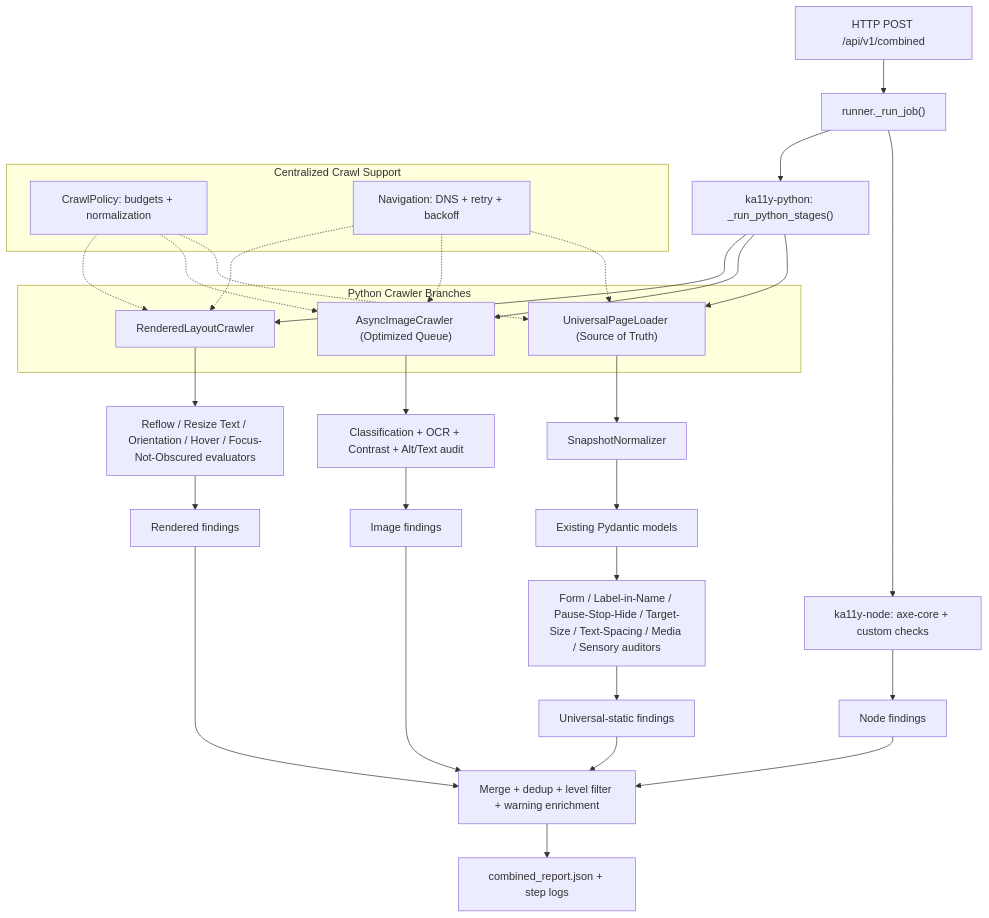
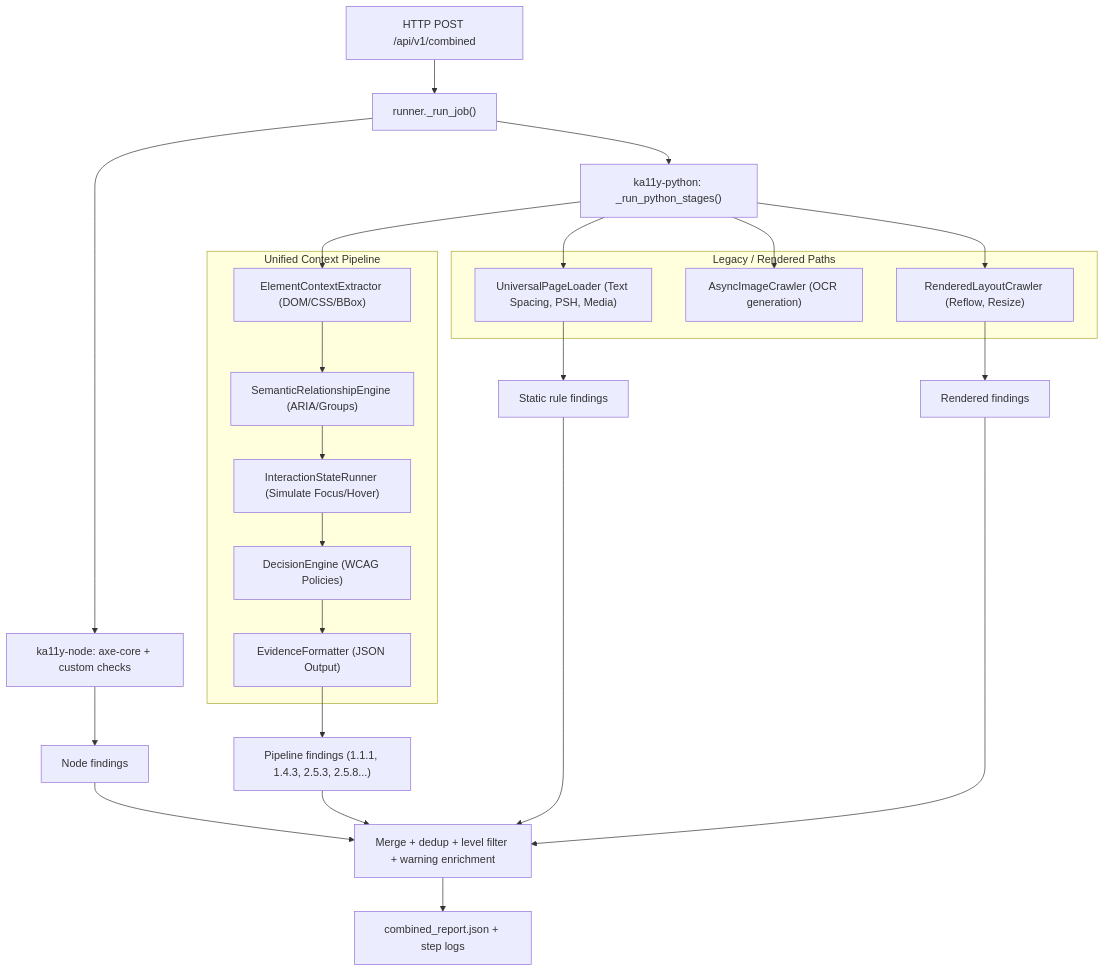
Before and after one commit to Sanjaypranavbc/ka11y: the first of 18 diagrams in ka11y-docs/internals/python-rules-flow-analysis.mdx, drawn with Mermaid. The commit also changed other lines of this file and 2 other files, not shown here.

````diff
--- a/ka11y-docs/internals/python-rules-flow-analysis.mdx
+++ b/ka11y-docs/internals/python-rules-flow-analysis.mdx
@@ -26,37 +27,35 @@
 ```mermaid
 flowchart TD
     A[HTTP POST /api/v1/combined] --> B["runner._run_job()"]
     B --> C["ka11y-node: axe-core + custom checks"]
     B --> D["ka11y-python: _run_python_stages()"]
 
-    subgraph "Centralized Crawl Support"
-        CP["CrawlPolicy: budgets + normalization"]
-        NR["Navigation: DNS + retry + backoff"]
+    subgraph "Unified Context Pipeline"
+        UP1["ElementContextExtractor (DOM/CSS/BBox)"]
+        UP2["SemanticRelationshipEngine (ARIA/Groups)"]
+        UP3["InteractionStateRunner (Simulate Focus/Hover)"]
+        UP4["DecisionEngine (WCAG Policies)"]
+        UP5["EvidenceFormatter (JSON Output)"]
+        
+        UP1 --> UP2 --> UP3 --> UP4 --> UP5
     end
 
-    subgraph "Python Crawler Branches"
-        E["UniversalPageLoader (Source of Truth)"]
-        F["AsyncImageCrawler (Optimized Queue)"]
-        G["RenderedLayoutCrawler"]
+    subgraph "Legacy / Rendered Paths"
+        E["UniversalPageLoader (Text Spacing, PSH, Media)"]
+        F["AsyncImageCrawler (OCR generation)"]
+        G["RenderedLayoutCrawler (Reflow, Resize)"]
     end
 
-    CP & NR -.-> E & F & G
+    D --> UP1
     D --> E
     D --> F
     D --> G
 
-    E --> H["SnapshotNormalizer"]
-    H --> I["Existing Pydantic models"]
-    I --> J["Form / Label-in-Name / Pause-Stop-Hide / Target-Size / Text-Spacing / Media / Sensory auditors"]
-
-    F --> K["Classification + OCR + Contrast + Alt/Text audit"]
-    G --> L["Reflow / Resize Text / Orientation / Hover / Focus-Not-Obscured evaluators"]
-
     C --> M["Node findings"]
-    J --> N["Universal-static findings"]
-    K --> O["Image findings"]
-    L --> P["Rendered findings"]
+    E --> N["Static rule findings"]
+    UP5 --> O["Pipeline findings (1.1.1, 1.4.3, 2.5.3, 2.5.8...)"]
+    G --> P["Rendered findings"]
 
     M & N & O & P --> Q["Merge + dedup + level filter + warning enrichment"]
     Q --> R["combined_report.json + step logs"]
 ```
````
